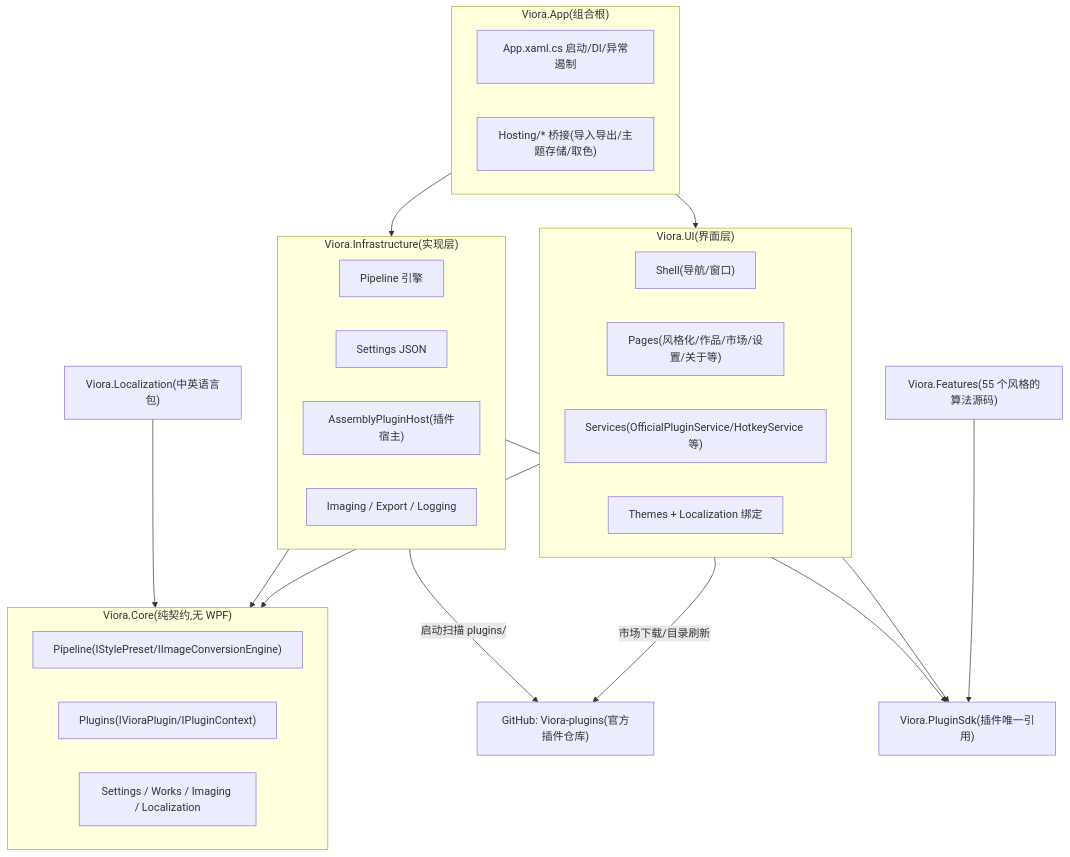
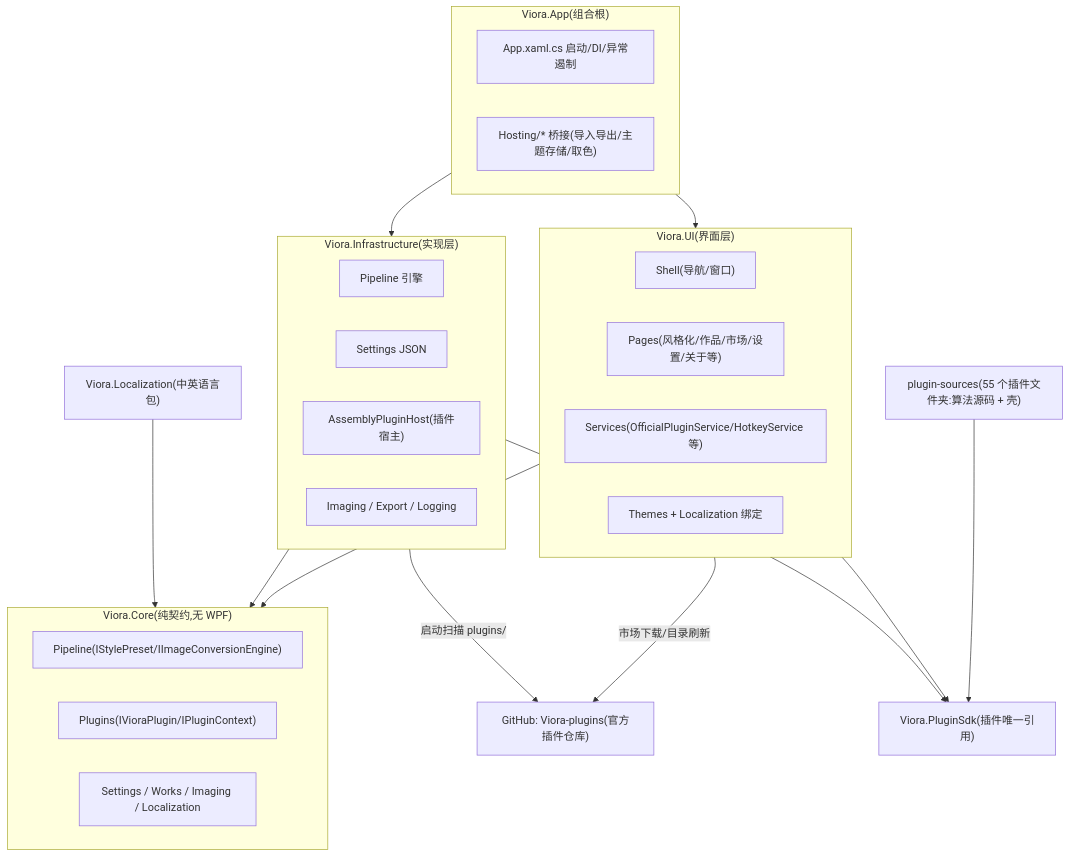
The first of 2 diagrams in docs/02-架构与代码结构.md (huyangpahuo/Viora), drawn with Mermaid before and after one commit. The commit also changed other lines of this file and 70 other files, not shown here.

First line of the commit message:
refactor: 客户端与插件彻底分离——移除 Viora.Features 与内置特性缝,导出器由宿主直注

````diff
--- a/docs/02-架构与代码结构.md
+++ b/docs/02-架构与代码结构.md
@@ -5,37 +5,37 @@
 ```mermaid
 flowchart TB
     subgraph App["Viora.App(组合根)"]
         A1["App.xaml.cs 启动/DI/异常遏制"]
         A2["Hosting/* 桥接(导入导出/主题存储/取色)"]
     end
     subgraph UI["Viora.UI(界面层)"]
         U1["Shell(导航/窗口)"]
         U2["Pages(风格化/作品/市场/设置/关于等)"]
         U3["Services(OfficialPluginService/HotkeyService 等)"]
         U4["Themes + Localization 绑定"]
     end
     subgraph Core["Viora.Core(纯契约,无 WPF)"]
         C1["Pipeline(IStylePreset/IImageConversionEngine)"]
         C2["Plugins(IVioraPlugin/IPluginContext)"]
         C3["Settings / Works / Imaging / Localization"]
     end
     subgraph Infra["Viora.Infrastructure(实现层)"]
         I1["Pipeline 引擎"]
         I2["Settings JSON"]
         I3["AssemblyPluginHost(插件宿主)"]
         I4["Imaging / Export / Logging"]
     end
     SDK["Viora.PluginSdk(插件唯一引用)"]
-    FEAT["Viora.Features(55 个风格的算法源码)"]
+    PSRC["plugin-sources(55 个插件文件夹:算法源码 + 壳)"]
     LOC["Viora.Localization(中英语言包)"]
     MKT["GitHub: Viora-plugins(官方插件仓库)"]
 
     App --> UI --> Core
     App --> Infra --> Core
     UI --> SDK
     Infra --> SDK
-    FEAT --> SDK
+    PSRC --> SDK
     LOC --> Core
     UI -- "市场下载/目录刷新" --> MKT
     Infra -- "启动扫描 plugins/" --> MKT
 ```
````
